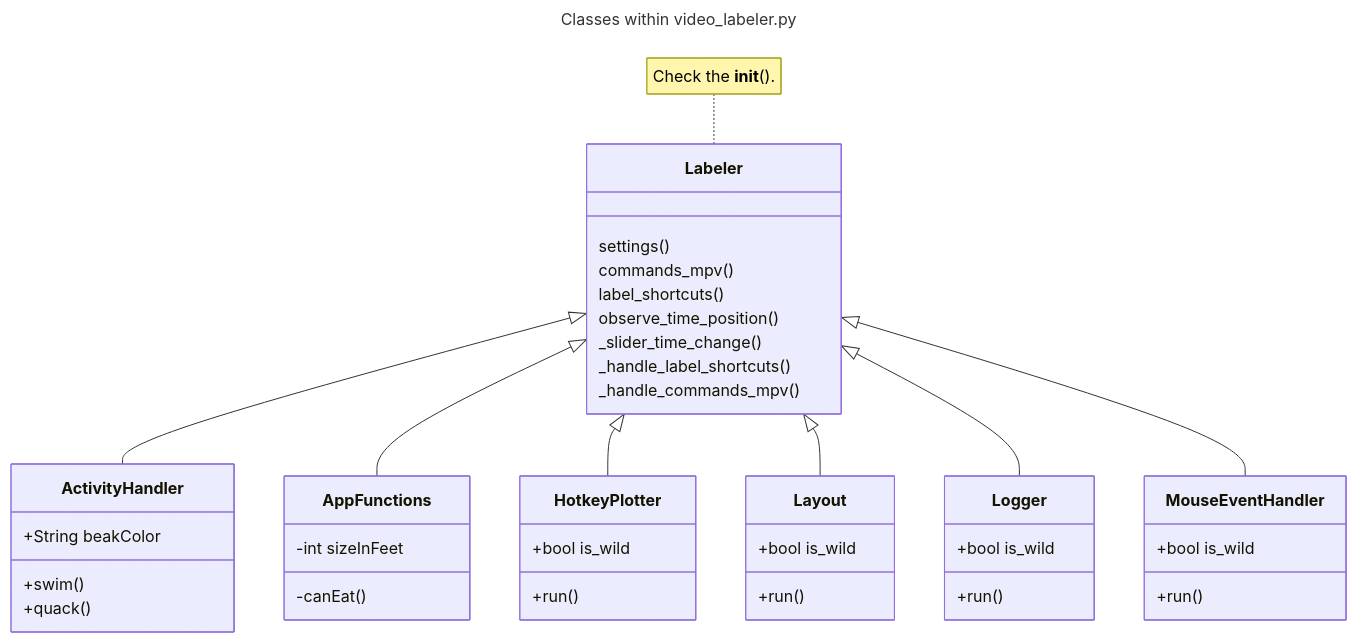
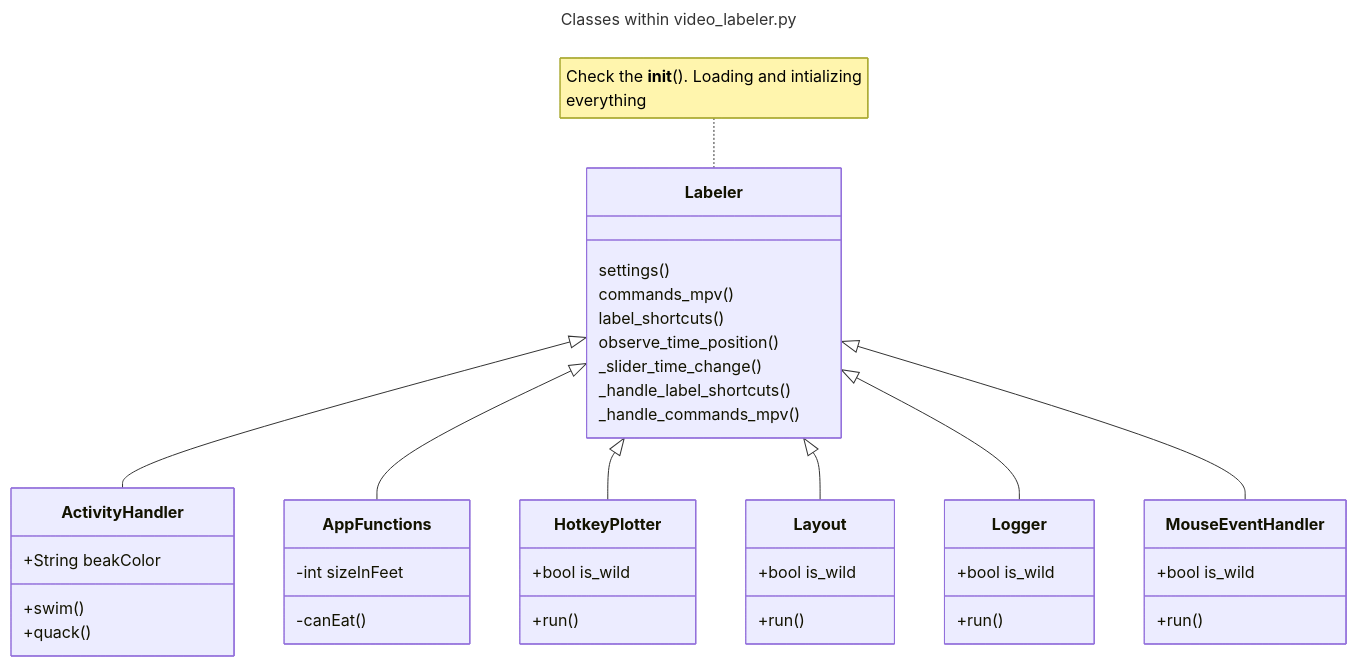
The diagram in README.md (VitaliKStud/video-labeler), drawn with Mermaid before and after one commit.

Commit message:
test-markdown

````diff
--- a/README.md
+++ b/README.md
@@ -50,45 +50,46 @@
 ```mermaid
 ---
 title: Classes within video_labeler.py
 ---
 classDiagram
-    note for Labeler "Check the __init__(). "
+    note for Labeler "Check the __init__(). Loading and intializing 
+    everything"
     Labeler <|-- ActivityHandler
     Labeler <|-- AppFunctions
     Labeler <|-- HotkeyPlotter
     Labeler <|-- Layout
     Labeler <|-- Logger
     Labeler <|-- MouseEventHandler
     Labeler : settings()
     Labeler : commands_mpv()
     Labeler : label_shortcuts()
     Labeler : observe_time_position()
     Labeler : _slider_time_change()
     Labeler : _handle_label_shortcuts()
     Labeler : _handle_commands_mpv()
     class ActivityHandler{
         +String beakColor
         +swim()
         +quack()
     }
     class AppFunctions{
         -int sizeInFeet
         -canEat()
     }
     class HotkeyPlotter{
         +bool is_wild
         +run()
     }
     class Layout{
         +bool is_wild
         +run()
     }
     class Logger{
         +bool is_wild
         +run()
     }
     class MouseEventHandler{
         +bool is_wild
         +run()
     }
 ```
````
